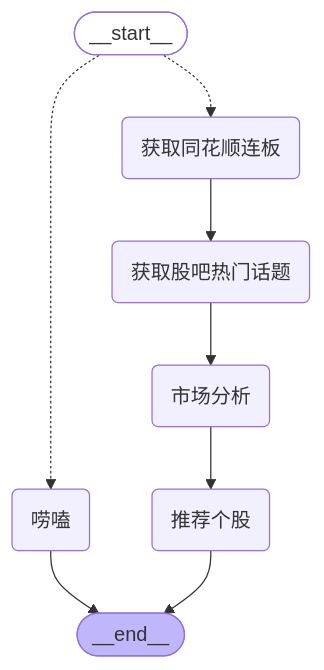
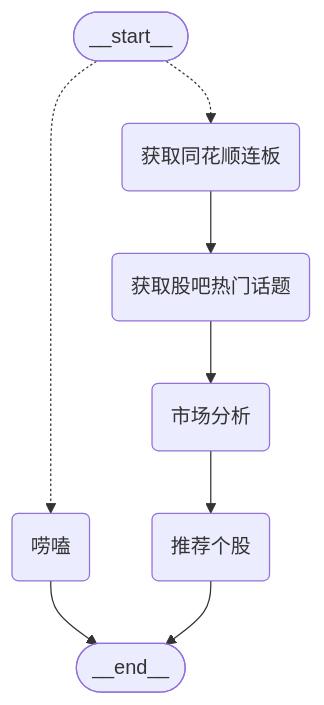
One commit to etrobot/cnStocksAgent changed the diagram in README.md. Above: the diagram before and after it, drawn with Mermaid. The commit also changed 3 other files, not shown here.

````diff
--- a/README.md
+++ b/README.md
@@ -6,20 +6,17 @@
 ```mermaid
 graph TD;
         __start__([<p>__start__</p>]):::first
         fetchDataNode(获取同花顺连板)
         fetchNewsNode(获取股吧热门话题)
         reviewNode(市场分析)
         recommendNode(推荐个股)
         chatNode(唠嗑)
         __end__([<p>__end__</p>]):::last
         chatNode --> __end__;
         fetchDataNode --> fetchNewsNode;
         fetchNewsNode --> reviewNode;
         recommendNode --> __end__;
         reviewNode --> recommendNode;
         __start__ -.-> fetchDataNode;
         __start__ -.-> chatNode;
-        classDef default fill:#f2f0ff,line-height:1.2
-        classDef first fill-opacity:0
-        classDef last fill:#bfb6fc
 ```
````
